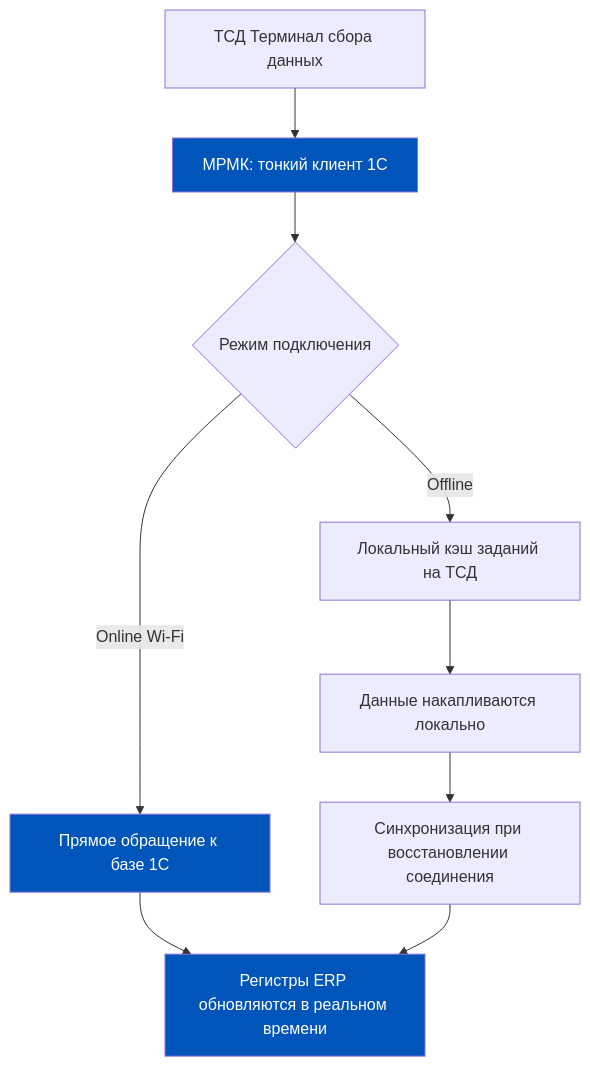
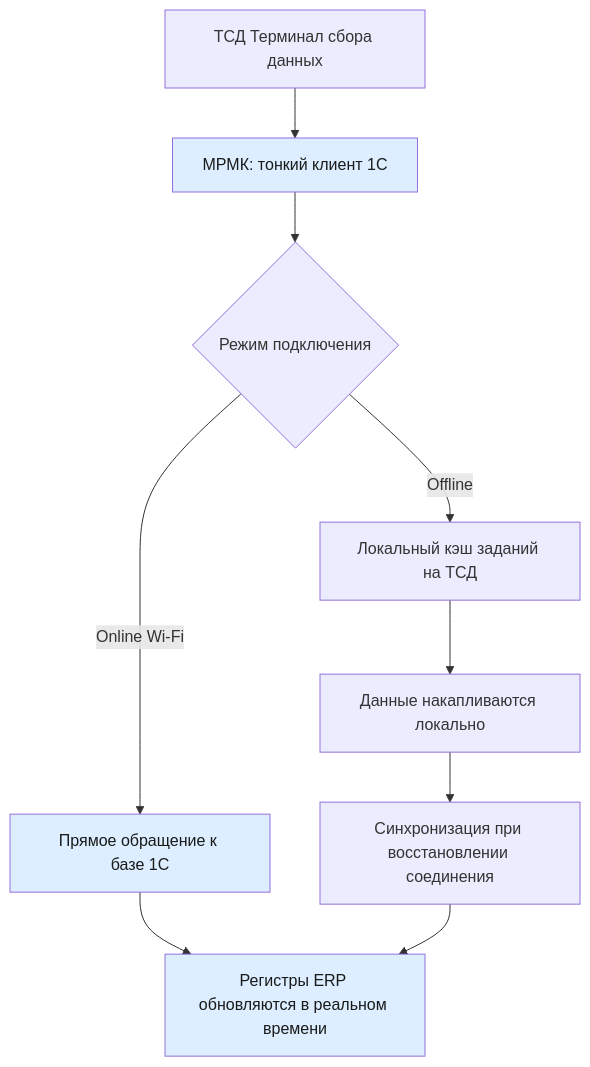
One commit to murad1986/1c-erp-quartz changed the first of 8 diagrams in content/1c-erp/week_5/Неделя 5 - День 5 - Мобильное рабочее место кладовщика.md. Above: the diagram before and after it, drawn with Mermaid. The commit also changed other lines of this file and 57 other files, not shown here.

First line of the commit message:
fix: Mermaid — пастельные цвета в источниках диаграмм (56 файлов)

````diff
--- a/content/1c-erp/week_5/Неделя 5 - День 5 - Мобильное рабочее место кладовщика.md
+++ b/content/1c-erp/week_5/Неделя 5 - День 5 - Мобильное рабочее место кладовщика.md
@@ -57,15 +57,15 @@
 ```mermaid
 graph TD
     A[ТСД Терминал сбора данных] --> B[МРМК: тонкий клиент 1C]
     B --> C{Режим подключения}
     C -- "Online Wi-Fi" --> D[Прямое обращение к базе 1C]
     C -- "Offline" --> E[Локальный кэш заданий на ТСД]
     D --> F[Регистры ERP обновляются в реальном времени]
     E --> G[Данные накапливаются локально]
     G --> H[Синхронизация при восстановлении соединения]
     H --> F
 
-    style B fill:#0055BB,color:#fff
-    style D fill:#0055BB,color:#fff
-    style F fill:#0055BB,color:#fff
+    style B fill:#dceeff,color:#1a1a1a
+    style D fill:#dceeff,color:#1a1a1a
+    style F fill:#dceeff,color:#1a1a1a
 ```
````
